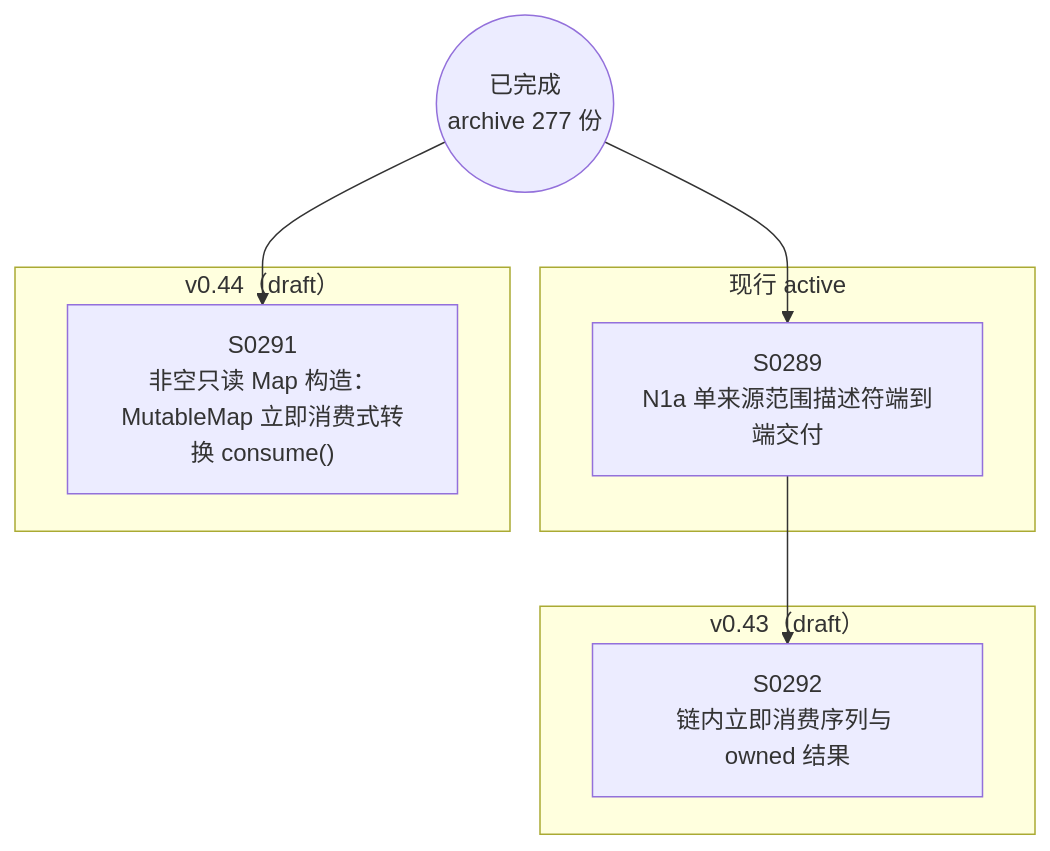
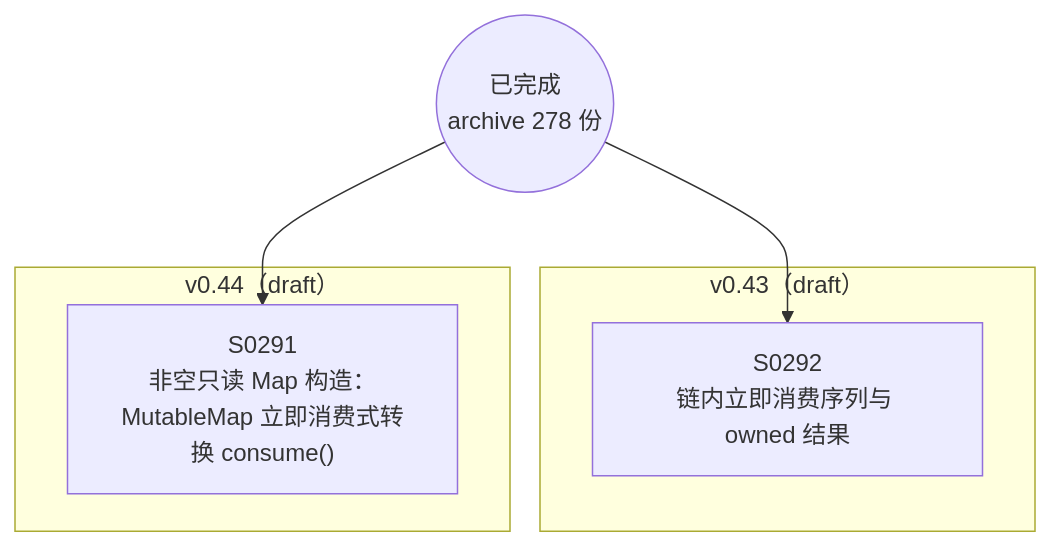
One commit to Halckon/Koven changed the diagram in docs/specs/dependency-graph.md. Above: the diagram before and after it, drawn with Mermaid. The commit also changed other lines of this file and 21 other files, not shown here.

````diff
--- a/docs/specs/dependency-graph.md
+++ b/docs/specs/dependency-graph.md
@@ -9,16 +9,12 @@
 ```mermaid
 flowchart TD
-ARCH(("已完成<br/>archive 277 份"))
-subgraph Gactive["现行 active"]
-  S0289["S0289<br/>N1a 单来源范围描述符端到端交付"]
-end
+ARCH(("已完成<br/>archive 278 份"))
 subgraph Gdrafts_v043["v0.43（draft）"]
   S0292["S0292<br/>链内立即消费序列与 owned 结果"]
 end
 subgraph Gdrafts_v044["v0.44（draft）"]
   S0291["S0291<br/>非空只读 Map 构造：MutableMap 立即消费式转换 consume()"]
 end
-S0289 --> S0292
-ARCH --> S0289
 ARCH --> S0291
+ARCH --> S0292
 ```
````
